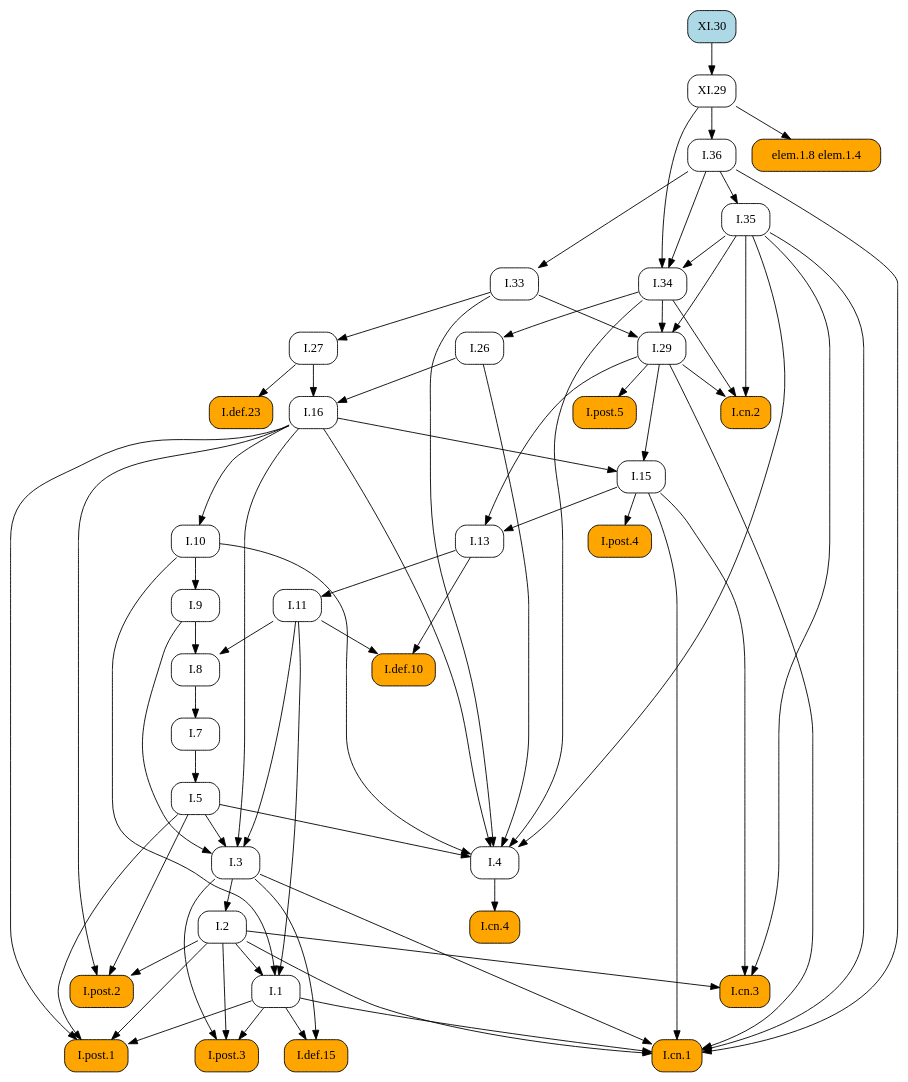
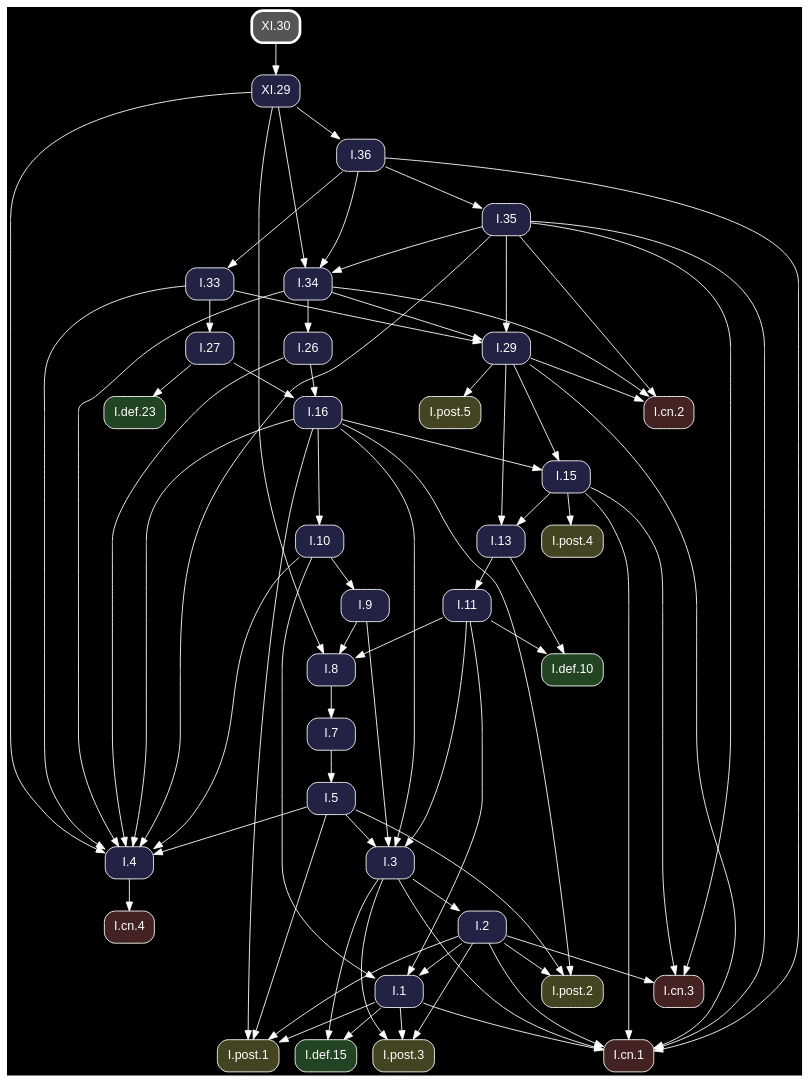
One commit to geometor/elements changed the diagram in docsrc/heath/XI/30/index.rst. Above: the diagram before and after it, drawn with Graphviz. The commit also changed other lines of this file and 1200 other files, not shown here.

Commit message:
update dependency graphs

```diff
--- a/docsrc/heath/XI/30/index.rst
+++ b/docsrc/heath/XI/30/index.rst
@@ -35,66 +35,48 @@
 .. graphviz::
 
    digraph {
+     bgcolor="black";
+     node [shape=box, style="rounded,filled", fontname="Helvetica", color="white", fontcolor="white"];
+     edge [color="white", fontcolor="white"];
      rankdir="TB";
-     node [shape=box, style=rounded];
-     "I.9" [URL="/heath/I/9/", target="_top"];
-     "I.33" [URL="/heath/I/33/", target="_top"];
-     "I.def.15" [style="rounded,filled", fillcolor=orange, URL="/heath/I/def.15/", target="_top"];
-     "I.post.3" [style="rounded,filled", fillcolor=orange, URL="/heath/I/post.3/", target="_top"];
-     "I.post.1" [style="rounded,filled", fillcolor=orange, URL="/heath/I/post.1/", target="_top"];
-     "I.def.10" [style="rounded,filled", fillcolor=orange, URL="/heath/I/def.10/", target="_top"];
-     "elem.1.8 elem.1.4" [style="rounded,filled", fillcolor=orange];
-     "I.27" [URL="/heath/I/27/", target="_top"];
-     "I.34" [URL="/heath/I/34/", target="_top"];
-     "I.3" [URL="/heath/I/3/", target="_top"];
-     "I.35" [URL="/heath/I/35/", target="_top"];
-     "I.cn.1" [style="rounded,filled", fillcolor=orange, URL="/heath/I/cn.1/", target="_top"];
-     "I.7" [URL="/heath/I/7/", target="_top"];
-     "I.2" [URL="/heath/I/2/", target="_top"];
-     "I.36" [URL="/heath/I/36/", target="_top"];
-     "I.13" [URL="/heath/I/13/", target="_top"];
-     "I.post.4" [style="rounded,filled", fillcolor=orange, URL="/heath/I/post.4/", target="_top"];
-     "I.4" [URL="/heath/I/4/", target="_top"];
-     "I.1" [URL="/heath/I/1/", target="_top"];
-     "I.5" [URL="/heath/I/5/", target="_top"];
-     "I.8" [URL="/heath/I/8/", target="_top"];
-     "I.cn.3" [style="rounded,filled", fillcolor=orange, URL="/heath/I/cn.3/", target="_top"];
-     "I.29" [URL="/heath/I/29/", target="_top"];
-     "I.16" [URL="/heath/I/16/", target="_top"];
-     "I.15" [URL="/heath/I/15/", target="_top"];
-     "XI.29" [URL="/heath/XI/29/", target="_top"];
-     "I.10" [URL="/heath/I/10/", target="_top"];
-     "I.11" [URL="/heath/I/11/", target="_top"];
-     "I.def.23" [style="rounded,filled", fillcolor=orange, URL="/heath/I/def.23/", target="_top"];
-     "I.cn.2" [style="rounded,filled", fillcolor=orange, URL="/heath/I/cn.2/", target="_top"];
-     "I.post.5" [style="rounded,filled", fillcolor=orange, URL="/heath/I/post.5/", target="_top"];
-     "I.cn.4" [style="rounded,filled", fillcolor=orange, URL="/heath/I/cn.4/", target="_top"];
-     "I.post.2" [style="rounded,filled", fillcolor=orange, URL="/heath/I/post.2/", target="_top"];
-     "I.26" [URL="/heath/I/26/", target="_top"];
-     "XI.30" [style="rounded,filled", fillcolor=lightblue, URL="/heath/XI/30/", target="_top"];
-     "I.10" -> "I.9";
-     "I.36" -> "I.33";
-     "I.1" -> "I.def.15";
-     "I.3" -> "I.def.15";
-     "I.1" -> "I.post.3";
-     "I.2" -> "I.post.3";
-     "I.3" -> "I.post.3";
-     "I.1" -> "I.post.1";
-     "I.2" -> "I.post.1";
-     "I.5" -> "I.post.1";
-     "I.16" -> "I.post.1";
-     "I.11" -> "I.def.10";
-     "I.13" -> "I.def.10";
-     "XI.29" -> "elem.1.8 elem.1.4";
-     "I.33" -> "I.27";
-     "I.35" -> "I.34";
-     "I.36" -> "I.34";
-     "XI.29" -> "I.34";
+     "I.3" [fillcolor="#222244", URL="/heath/I/3/", target="_top"];
+     "I.cn.1" [fillcolor="#442222", URL="/heath/I/cn.1/", target="_top"];
+     "I.def.10" [fillcolor="#224422", URL="/heath/I/def.10/", target="_top"];
+     "I.15" [fillcolor="#222244", URL="/heath/I/15/", target="_top"];
+     "I.13" [fillcolor="#222244", URL="/heath/I/13/", target="_top"];
+     "I.27" [fillcolor="#222244", URL="/heath/I/27/", target="_top"];
+     "I.2" [fillcolor="#222244", URL="/heath/I/2/", target="_top"];
+     "I.cn.2" [fillcolor="#442222", URL="/heath/I/cn.2/", target="_top"];
+     "I.9" [fillcolor="#222244", URL="/heath/I/9/", target="_top"];
+     "I.1" [fillcolor="#222244", URL="/heath/I/1/", target="_top"];
+     "I.post.5" [fillcolor="#444422", URL="/heath/I/post.5/", target="_top"];
+     "I.post.4" [fillcolor="#444422", URL="/heath/I/post.4/", target="_top"];
+     "I.26" [fillcolor="#222244", URL="/heath/I/26/", target="_top"];
+     "I.8" [fillcolor="#222244", URL="/heath/I/8/", target="_top"];
+     "I.4" [fillcolor="#222244", URL="/heath/I/4/", target="_top"];
+     "I.7" [fillcolor="#222244", URL="/heath/I/7/", target="_top"];
+     "I.5" [fillcolor="#222244", URL="/heath/I/5/", target="_top"];
+     "I.10" [fillcolor="#222244", URL="/heath/I/10/", target="_top"];
+     "XI.30" [penwidth=3, color="white", fillcolor="#555555", URL="/heath/XI/30/", target="_top"];
+     "I.post.1" [fillcolor="#444422", URL="/heath/I/post.1/", target="_top"];
+     "XI.29" [fillcolor="#222244", URL="/heath/XI/29/", target="_top"];
+     "I.11" [fillcolor="#222244", URL="/heath/I/11/", target="_top"];
+     "I.16" [fillcolor="#222244", URL="/heath/I/16/", target="_top"];
+     "I.cn.3" [fillcolor="#442222", URL="/heath/I/cn.3/", target="_top"];
+     "I.36" [fillcolor="#222244", URL="/heath/I/36/", target="_top"];
+     "I.29" [fillcolor="#222244", URL="/heath/I/29/", target="_top"];
+     "I.post.2" [fillcolor="#444422", URL="/heath/I/post.2/", target="_top"];
+     "I.cn.4" [fillcolor="#442222", URL="/heath/I/cn.4/", target="_top"];
+     "I.def.23" [fillcolor="#224422", URL="/heath/I/def.23/", target="_top"];
+     "I.35" [fillcolor="#222244", URL="/heath/I/35/", target="_top"];
+     "I.post.3" [fillcolor="#444422", URL="/heath/I/post.3/", target="_top"];
+     "I.33" [fillcolor="#222244", URL="/heath/I/33/", target="_top"];
+     "I.34" [fillcolor="#222244", URL="/heath/I/34/", target="_top"];
+     "I.def.15" [fillcolor="#224422", URL="/heath/I/def.15/", target="_top"];
      "I.5" -> "I.3";
      "I.9" -> "I.3";
      "I.11" -> "I.3";
      "I.16" -> "I.3";
-     "I.36" -> "I.35";
      "I.1" -> "I.cn.1";
      "I.2" -> "I.cn.1";
      "I.3" -> "I.cn.1";
@@ -102,12 +84,27 @@
      "I.29" -> "I.cn.1";
      "I.35" -> "I.cn.1";
      "I.36" -> "I.cn.1";
-     "I.8" -> "I.7";
-     "I.3" -> "I.2";
-     "XI.29" -> "I.36";
+     "I.11" -> "I.def.10";
+     "I.13" -> "I.def.10";
+     "I.16" -> "I.15";
+     "I.29" -> "I.15";
      "I.15" -> "I.13";
      "I.29" -> "I.13";
+     "I.33" -> "I.27";
+     "I.3" -> "I.2";
+     "I.29" -> "I.cn.2";
+     "I.34" -> "I.cn.2";
+     "I.35" -> "I.cn.2";
+     "I.10" -> "I.9";
+     "I.2" -> "I.1";
+     "I.10" -> "I.1";
+     "I.11" -> "I.1";
+     "I.29" -> "I.post.5";
      "I.15" -> "I.post.4";
+     "I.34" -> "I.26";
+     "I.9" -> "I.8";
+     "I.11" -> "I.8";
+     "XI.29" -> "I.8";
      "I.5" -> "I.4";
      "I.10" -> "I.4";
      "I.16" -> "I.4";
@@ -115,33 +112,38 @@
      "I.33" -> "I.4";
      "I.34" -> "I.4";
      "I.35" -> "I.4";
-     "I.2" -> "I.1";
-     "I.10" -> "I.1";
-     "I.11" -> "I.1";
+     "XI.29" -> "I.4";
+     "I.8" -> "I.7";
      "I.7" -> "I.5";
-     "I.9" -> "I.8";
-     "I.11" -> "I.8";
+     "I.16" -> "I.10";
+     "I.1" -> "I.post.1";
+     "I.2" -> "I.post.1";
+     "I.5" -> "I.post.1";
+     "I.16" -> "I.post.1";
+     "XI.30" -> "XI.29";
+     "I.13" -> "I.11";
+     "I.26" -> "I.16";
+     "I.27" -> "I.16";
      "I.2" -> "I.cn.3";
      "I.15" -> "I.cn.3";
      "I.35" -> "I.cn.3";
+     "XI.29" -> "I.36";
      "I.33" -> "I.29";
      "I.34" -> "I.29";
      "I.35" -> "I.29";
-     "I.26" -> "I.16";
-     "I.27" -> "I.16";
-     "I.16" -> "I.15";
-     "I.29" -> "I.15";
-     "XI.30" -> "XI.29";
-     "I.16" -> "I.10";
-     "I.13" -> "I.11";
-     "I.27" -> "I.def.23";
-     "I.29" -> "I.cn.2";
-     "I.34" -> "I.cn.2";
-     "I.35" -> "I.cn.2";
-     "I.29" -> "I.post.5";
-     "I.4" -> "I.cn.4";
      "I.2" -> "I.post.2";
      "I.5" -> "I.post.2";
      "I.16" -> "I.post.2";
-     "I.34" -> "I.26";
+     "I.4" -> "I.cn.4";
+     "I.27" -> "I.def.23";
+     "I.36" -> "I.35";
+     "I.1" -> "I.post.3";
+     "I.2" -> "I.post.3";
+     "I.3" -> "I.post.3";
+     "I.36" -> "I.33";
+     "I.35" -> "I.34";
+     "I.36" -> "I.34";
+     "XI.29" -> "I.34";
+     "I.1" -> "I.def.15";
+     "I.3" -> "I.def.15";
    }
```
